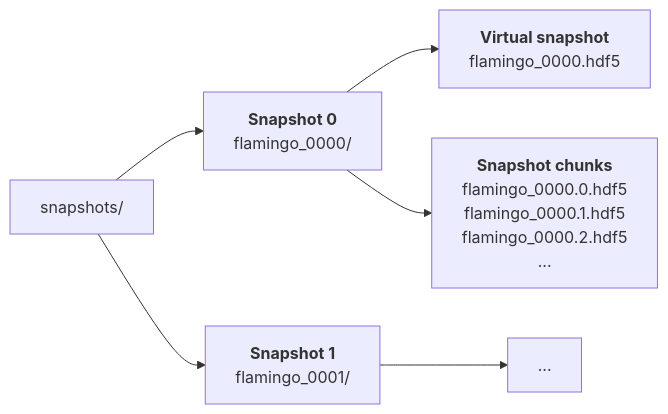
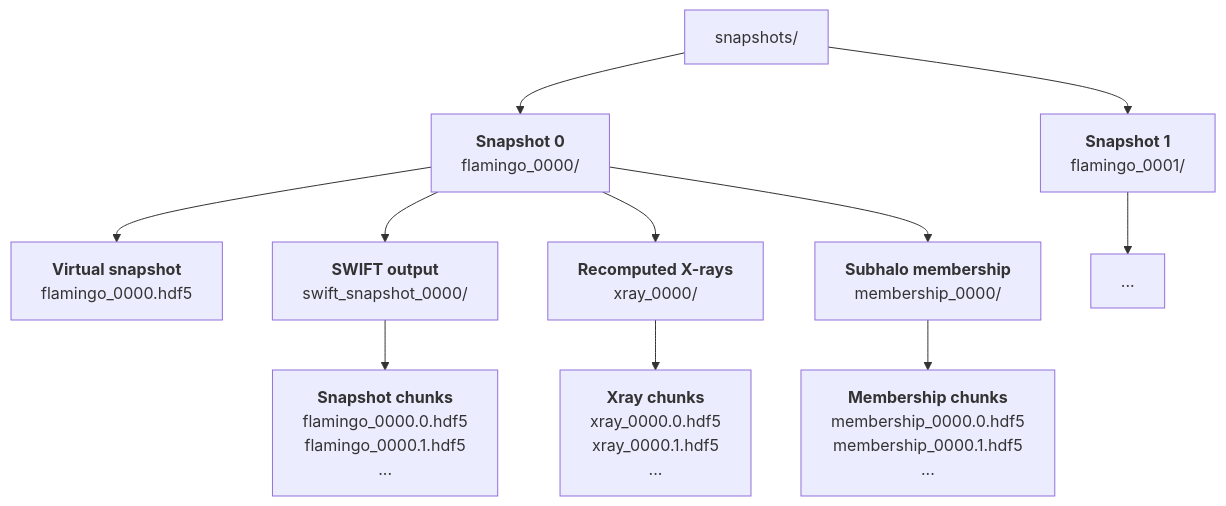
The diagram in source/snapshots/snapshot_dirs.rst (jchelly/flamingo-docs), drawn with Mermaid before and after one commit. The commit also changed other lines of this file and 3 other files, not shown here.

```diff
--- a/source/snapshots/snapshot_dirs.rst
+++ b/source/snapshots/snapshot_dirs.rst
@@ -15,19 +15,38 @@
 .. mermaid::
 
-   flowchart LR
-     snapshots["snapshots/"]
+  flowchart TD
+    snapshots["snapshots/"]
 
-     snapshots --> s0000["`**Snapshot 0**
-     flamingo_0000/`"]
-     snapshots --> s0001["`**Snapshot 1**
-     flamingo_0001/`"]
+    snapshots --> s0000["`**Snapshot 0**
+    flamingo_0000/`"]
+    snapshots --> s0001["`**Snapshot 1**
+    flamingo_0001/`"]
 
-     s0000 --> s0000_virtual["`**Virtual snapshot**
-     flamingo_0000.hdf5`"]
-     s0000 --> s0000_chunks["`**Snapshot chunks**
-     flamingo_0000.0.hdf5
-     flamingo_0000.1.hdf5
-     flamingo_0000.2.hdf5
-     ...`"]
+    s0000 --> s0000_v["`**Virtual snapshot**
+    flamingo_0000.hdf5`"]
 
-     s0001 --> s0001_f0["..."]
+    s0000 --> swift_dir["`**SWIFT output**
+    swift_snapshot_0000/`"]
+
+    s0000 --> xray_dir["`**Recomputed X-rays**
+    xray_0000/`"]
+
+    s0000 --> mem_dir["`**Subhalo membership**
+    membership_0000/`"]
+
+    swift_dir --> swift_files["`**Snapshot chunks**
+    flamingo_0000.0.hdf5
+    flamingo_0000.1.hdf5
+    ...`"]
+
+    xray_dir --> xray_files["`**Xray chunks**
+    xray_0000.0.hdf5
+    xray_0000.1.hdf5
+    ...`"]
+
+    mem_dir --> mem_files["`**Membership chunks**
+    membership_0000.0.hdf5
+    membership_0000.1.hdf5
+    ...`"]
+
+    s0001 --> s0001_exp["..."]
```
